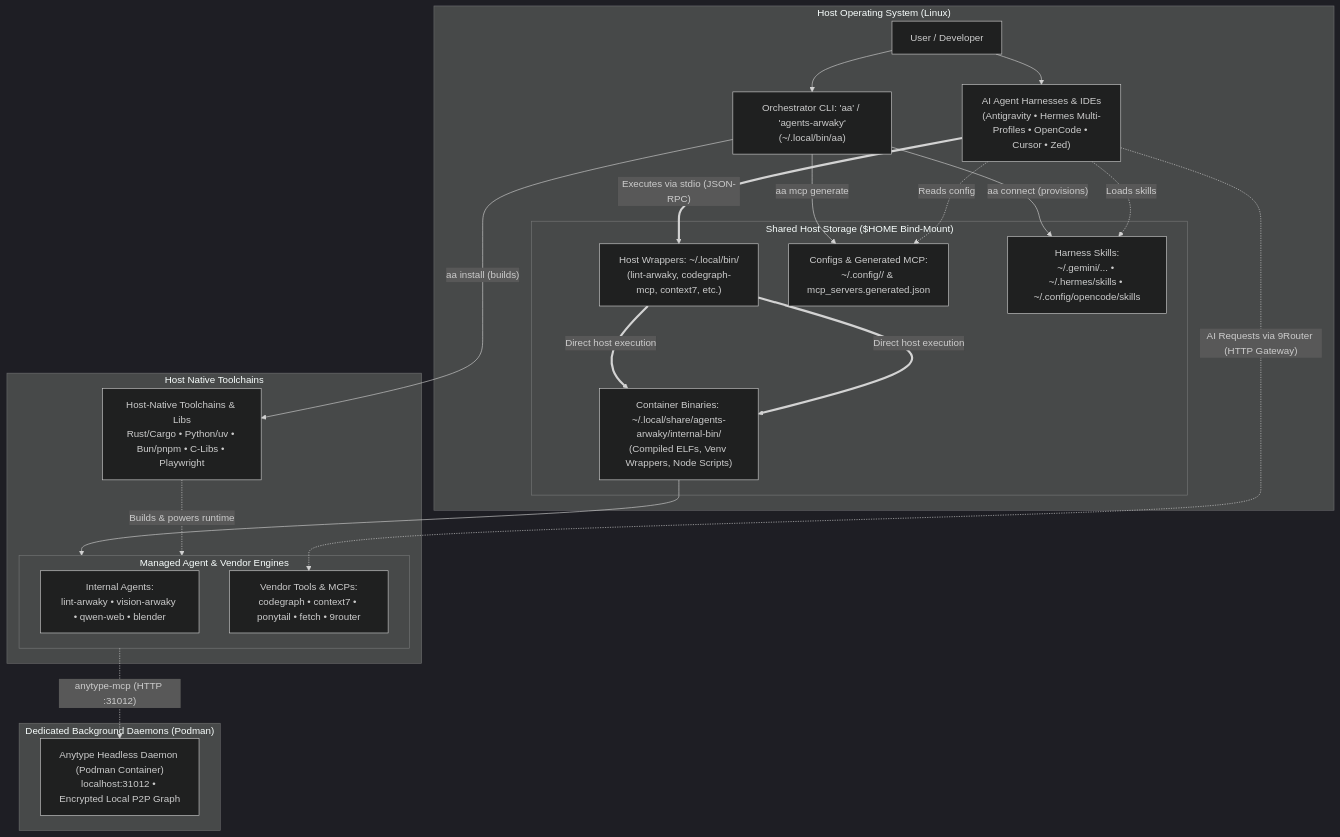
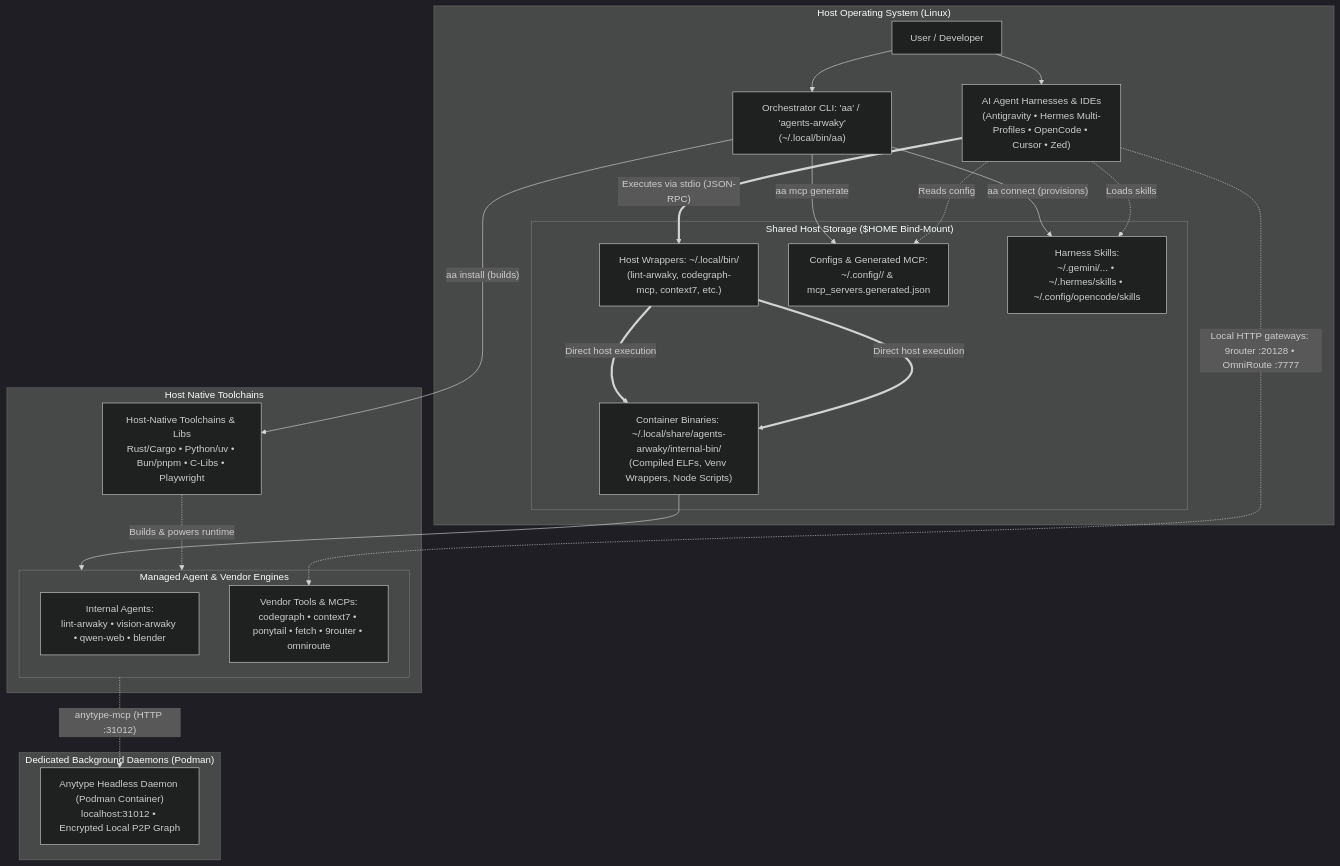
One commit to rakaarwaky/agents-arwaky changed the diagram in README.md. Above: the diagram before and after it, drawn with Mermaid (dark theme). The commit also changed other lines of this file and 10 other files, not shown here.

First line of the commit message:
feat(vendor): add 9router as second gateway vendor alongside omniroute

````diff
--- a/README.md
+++ b/README.md
@@ -59,52 +59,52 @@
 ```mermaid
 flowchart TB
     subgraph HostOS["Host Operating System (Linux)"]
         User["User / Developer"]
         Harnesses["AI Agent Harnesses & IDEs\n(Antigravity • Hermes Multi-Profiles • OpenCode • Cursor • Zed)"]
         CLI["Orchestrator CLI: 'aa' / 'agents-arwaky'\n(~/.local/bin/aa)"]
       
         subgraph XDGShared["Shared Host Storage ($HOME Bind-Mount)"]
             Launchers["Host Wrappers: ~/.local/bin/\n(lint-arwaky, codegraph-mcp, context7, etc.)"]
             InternalBin["Container Binaries: ~/.local/share/agents-arwaky/internal-bin/\n(Compiled ELFs, Venv Wrappers, Node Scripts)"]
             XDGConfigs["Configs & Generated MCP:\n~/.config/<tool>/ & mcp_servers.generated.json"]
             XDGSkills["Harness Skills:\n~/.gemini/... • ~/.hermes/skills • ~/.config/opencode/skills"]
         end
     end
 
     subgraph HostToolchain["Host Native Toolchains"]
         IsolatedRuntimes["Host-Native Toolchains & Libs\nRust/Cargo • Python/uv • Bun/pnpm • C-Libs • Playwright"]
 
         subgraph AgentsAndTools["Managed Agent & Vendor Engines"]
             InternalAgents["Internal Agents:\nlint-arwaky • vision-arwaky • qwen-web • blender"]
-            VendorTools["Vendor Tools & MCPs:\ncodegraph • context7 • ponytail • fetch • 9router"]
+            VendorTools["Vendor Tools & MCPs:\ncodegraph • context7 • ponytail • fetch • 9router • omniroute"]
         end
     end
 
     subgraph SidecarServices["Dedicated Background Daemons (Podman)"]
         AnytypeDaemon["Anytype Headless Daemon (Podman Container)\nlocalhost:31012 • Encrypted Local P2P Graph"]
     end
 
     %% User & CLI interactions
     User --> CLI
     User --> Harnesses
     CLI -- "aa connect (provisions)" --> XDGSkills
     CLI -- "aa mcp generate" --> XDGConfigs
     CLI -- "aa install (builds)" --> IsolatedRuntimes
 
     %% Host-native execution
     Launchers == "Direct host execution" ==> InternalBin
 
     %% Harness interactions
     Harnesses -. "Reads config" .-> XDGConfigs
     Harnesses -. "Loads skills" .-> XDGSkills
     Harnesses == "Executes via stdio (JSON-RPC)" ==> Launchers
 
     %% Host-native execution
     Launchers == "Direct host execution" ==> InternalBin
     InternalBin --> AgentsAndTools
     IsolatedRuntimes -. "Builds & powers runtime" .-> AgentsAndTools
 
     %% Daemons & Services
     AgentsAndTools -. "anytype-mcp (HTTP :31012)" .-> AnytypeDaemon
-    Harnesses -. "AI Requests via 9Router (HTTP Gateway)" .-> VendorTools
+    Harnesses -. "Local HTTP gateways: 9router :20128 • OmniRoute :7777" .-> VendorTools
 ```
````
